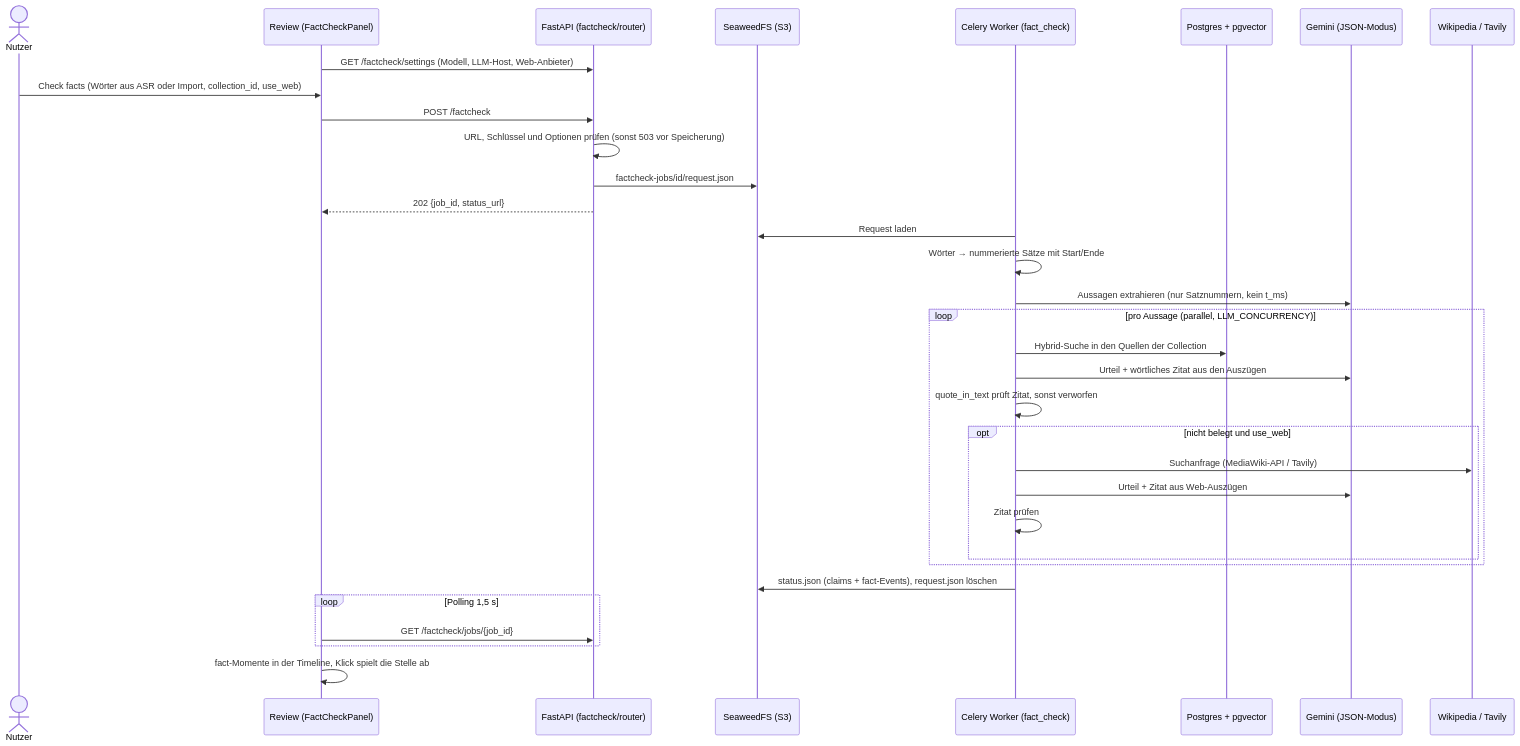
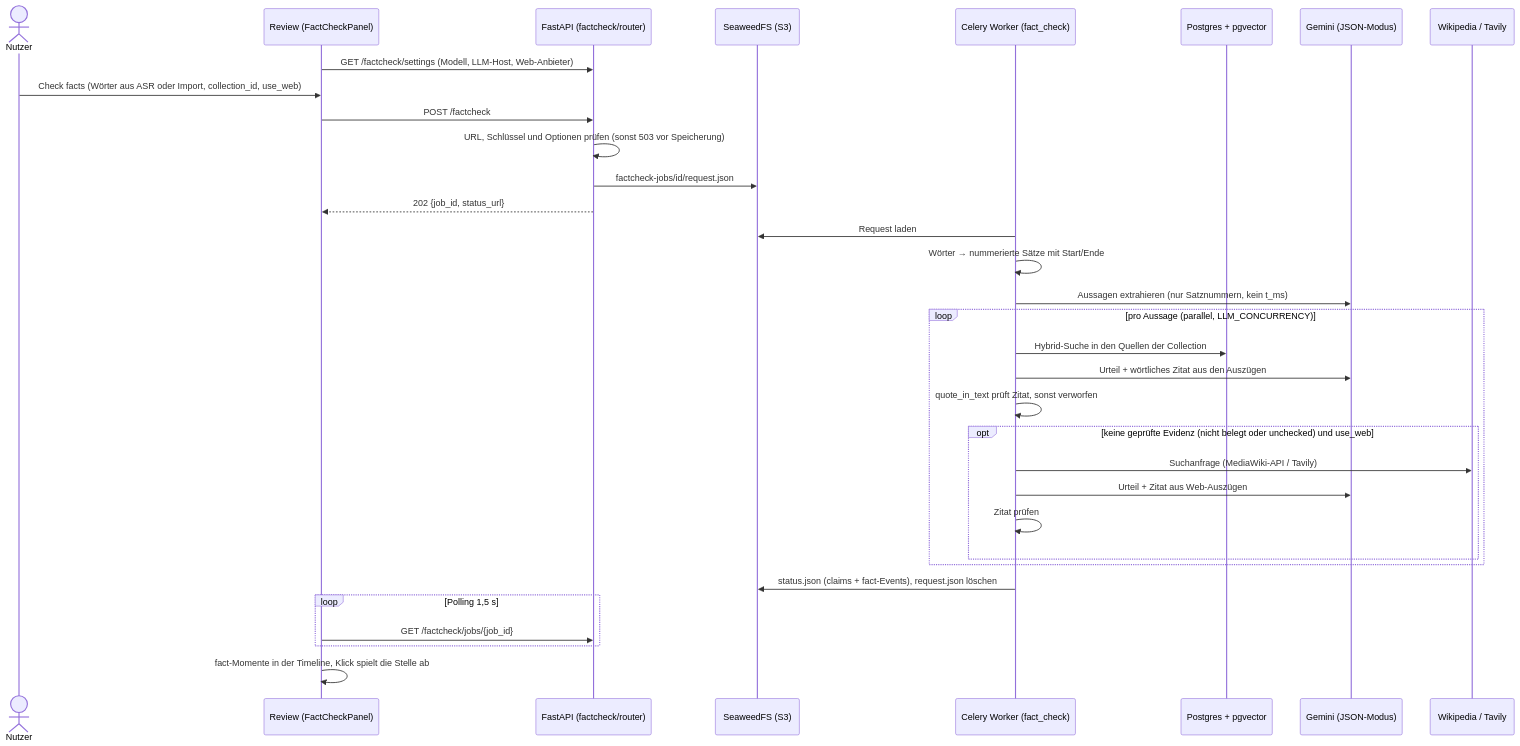
One commit to johannes3502/hackathon-fulda changed the sixth of 12 diagrams in docs/03-architecture.md. Above: the diagram before and after it, drawn with Mermaid. The commit also changed other lines of this file and 19 other files, not shown here.

````diff
--- a/docs/03-architecture.md
+++ b/docs/03-architecture.md
@@ -326,36 +327,36 @@
 ```mermaid
 sequenceDiagram
     actor U as Nutzer
     participant FE as Review (FactCheckPanel)
     participant BE as FastAPI (factcheck/router)
     participant S3 as SeaweedFS (S3)
     participant W as Celery Worker (fact_check)
     participant PG as Postgres + pgvector
     participant L as Gemini (JSON-Modus)
     participant WS as Wikipedia / Tavily
 
     FE->>BE: GET /factcheck/settings (Modell, LLM-Host, Web-Anbieter)
     U->>FE: Check facts (Wörter aus ASR oder Import, collection_id, use_web)
     FE->>BE: POST /factcheck
     BE->>BE: URL, Schlüssel und Optionen prüfen (sonst 503 vor Speicherung)
     BE->>S3: factcheck-jobs/id/request.json
     BE-->>FE: 202 {job_id, status_url}
     W->>S3: Request laden
     W->>W: Wörter → nummerierte Sätze mit Start/Ende
     W->>L: Aussagen extrahieren (nur Satznummern, kein t_ms)
     loop pro Aussage (parallel, LLM_CONCURRENCY)
         W->>PG: Hybrid-Suche in den Quellen der Collection
         W->>L: Urteil + wörtliches Zitat aus den Auszügen
         W->>W: quote_in_text prüft Zitat, sonst verworfen
-        opt nicht belegt und use_web
+        opt keine geprüfte Evidenz (nicht belegt oder unchecked) und use_web
             W->>WS: Suchanfrage (MediaWiki-API / Tavily)
             W->>L: Urteil + Zitat aus Web-Auszügen
             W->>W: Zitat prüfen
         end
     end
     W->>S3: status.json (claims + fact-Events), request.json löschen
     loop Polling 1,5 s
         FE->>BE: GET /factcheck/jobs/{job_id}
     end
     FE->>FE: fact-Momente in der Timeline, Klick spielt die Stelle ab
 ```
````
